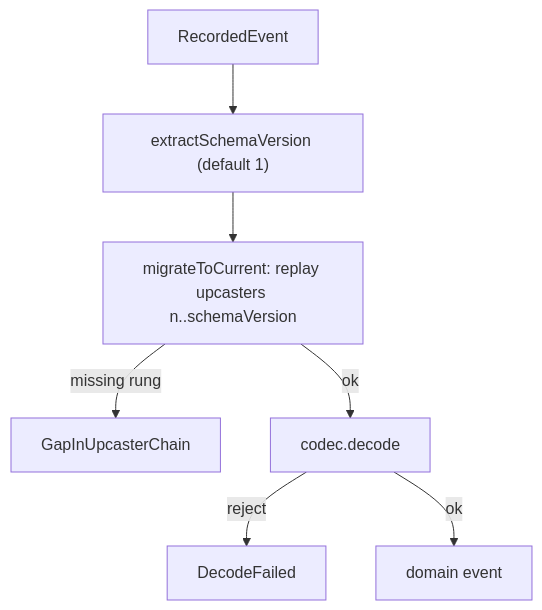
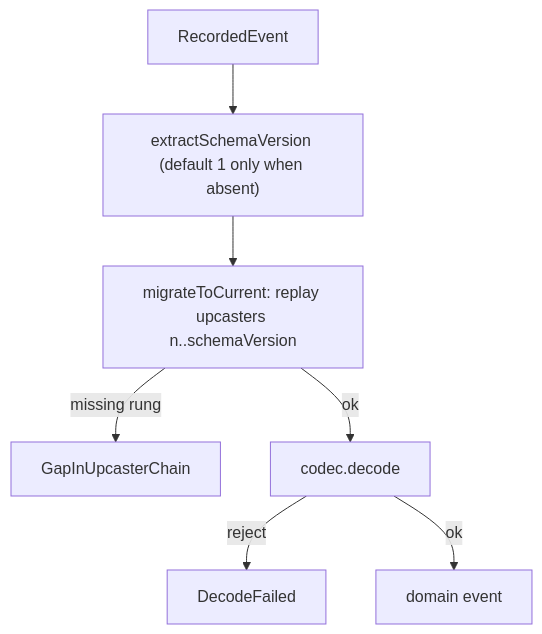
One commit to shinzui/keiro-runtime-docs changed the diagram in content/docs/keiro/explanation/codec-and-schema-evolution.mdx. Above: the diagram before and after it, drawn with Mermaid. The commit also changed other lines of this file and 27 other files, not shown here.

````diff
--- a/content/docs/keiro/explanation/codec-and-schema-evolution.mdx
+++ b/content/docs/keiro/explanation/codec-and-schema-evolution.mdx
@@ -54,9 +55,9 @@
 ```mermaid
 flowchart TD
-  R["RecordedEvent"] --> V["extractSchemaVersion (default 1)"]
+  R["RecordedEvent"] --> V["extractSchemaVersion (default 1 only when absent)"]
   V --> M["migrateToCurrent: replay upcasters n..schemaVersion"]
   M -- "missing rung" --> Gap["GapInUpcasterChain"]
   M -- "ok" --> Dec["codec.decode"]
   Dec -- "reject" --> Fail["DecodeFailed"]
   Dec -- "ok" --> E["domain event"]
 ```
````
